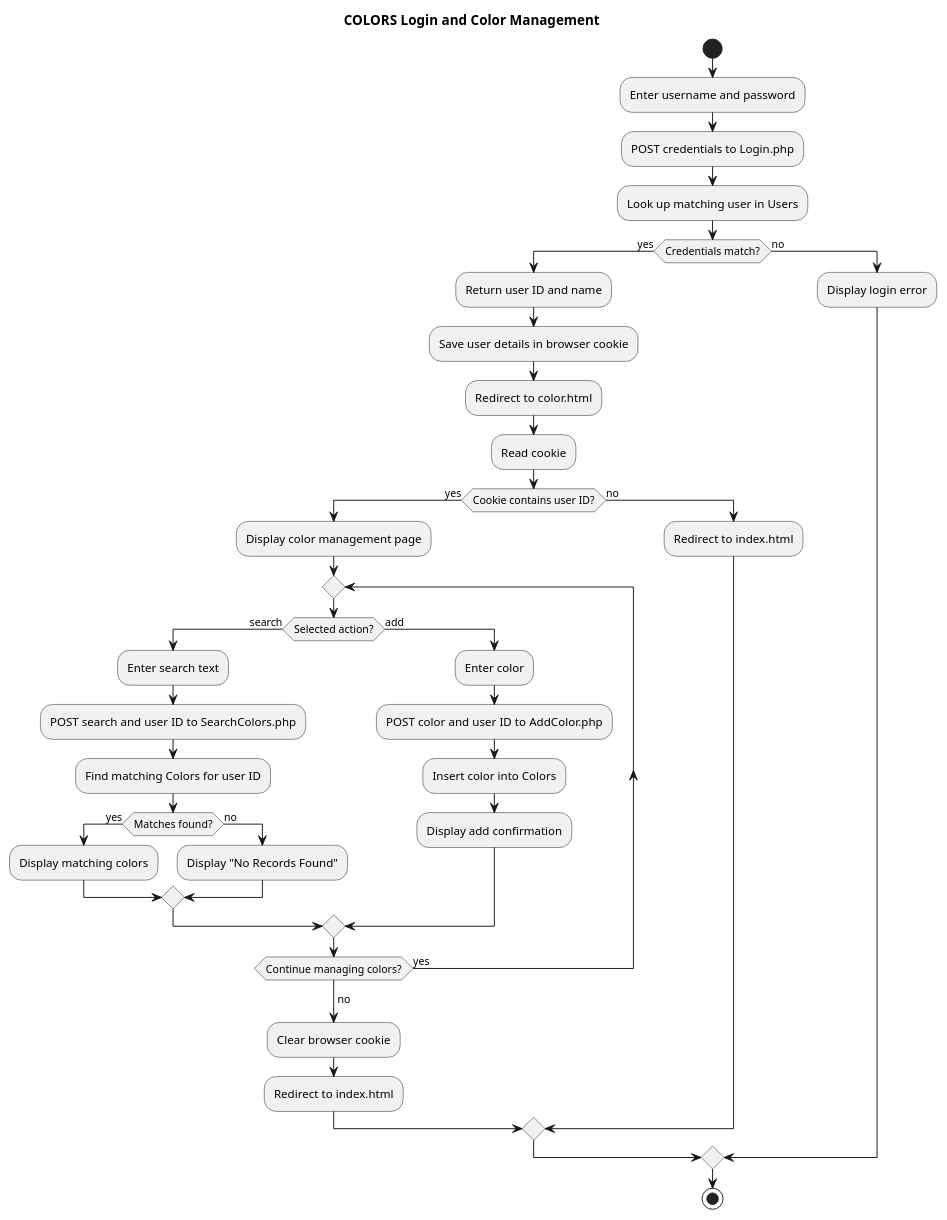
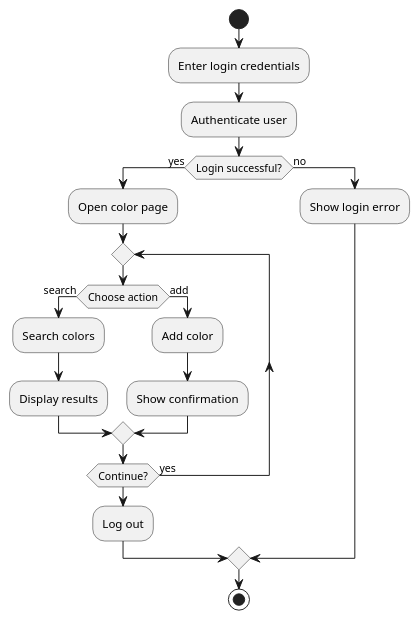
Before and after one commit to MelindaM4y/POOSD-COLORS-Lab: the diagram in docs/uml/activity.puml, drawn with PlantUML. The commit also changed 5 other files, not shown here.

Commit message:
Add final UML Diagrams

```diff
--- a/docs/uml/activity.puml
+++ b/docs/uml/activity.puml
@@ -1,45 +1,21 @@
 @startuml
-!pragma layout smetana
-title COLORS Login and Color Management
-
 start
-:Enter username and password;
-:POST credentials to Login.php;
-:Look up matching user in Users;
-
-if (Credentials match?) then (yes)
-  :Return user ID and name;
-  :Save user details in browser cookie;
-  :Redirect to color.html;
-  :Read cookie;
-  if (Cookie contains user ID?) then (yes)
-    :Display color management page;
-    repeat
-      if (Selected action?) then (search)
-        :Enter search text;
-        :POST search and user ID to SearchColors.php;
-        :Find matching Colors for user ID;
-        if (Matches found?) then (yes)
-          :Display matching colors;
-        else (no)
-          :Display "No Records Found";
-        endif
-      else (add)
-        :Enter color;
-        :POST color and user ID to AddColor.php;
-        :Insert color into Colors;
-        :Display add confirmation;
-      endif
-    repeat while (Continue managing colors?) is (yes)
-    -> no;
-    :Clear browser cookie;
-    :Redirect to index.html;
-  else (no)
-    :Redirect to index.html;
-  endif
+:Enter login credentials;
+:Authenticate user;
+if (Login successful?) then (yes)
+  :Open color page;
+  repeat
+    if (Choose action) then (search)
+      :Search colors;
+      :Display results;
+    else (add)
+      :Add color;
+      :Show confirmation;
+    endif
+  repeat while (Continue?) is (yes)
+  :Log out;
 else (no)
-  :Display login error;
+  :Show login error;
 endif
-
 stop
 @enduml
```
